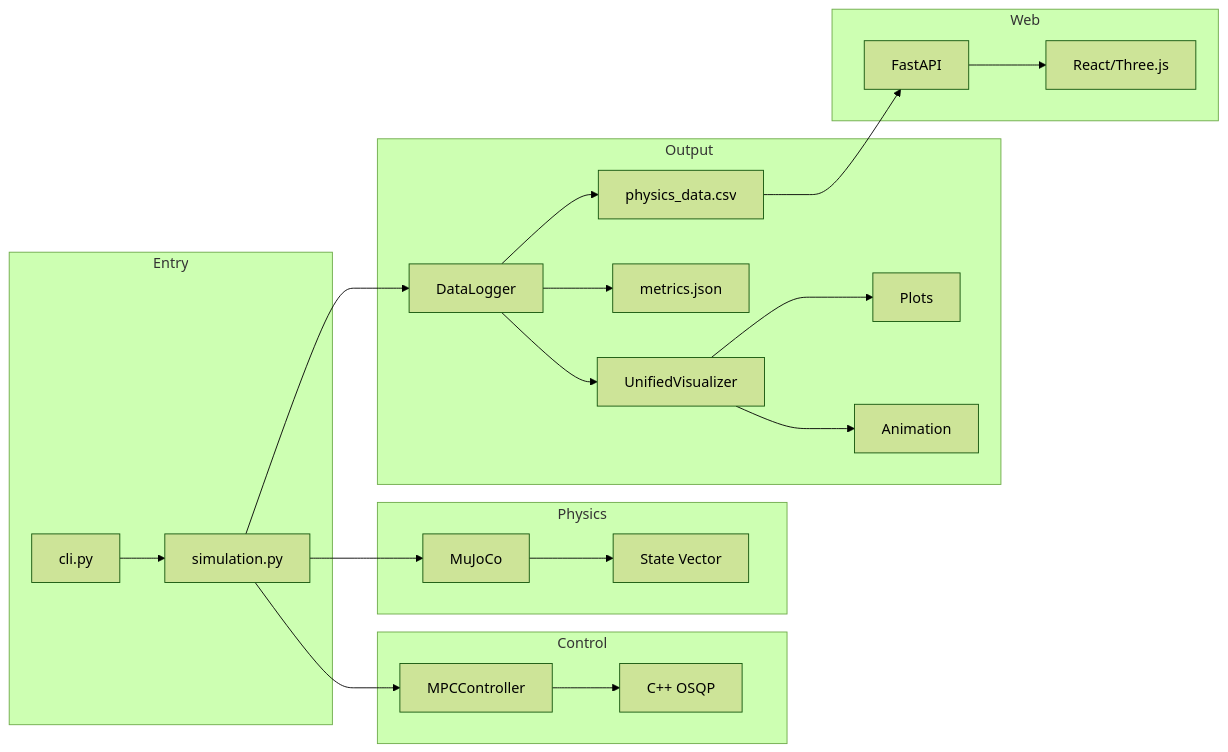
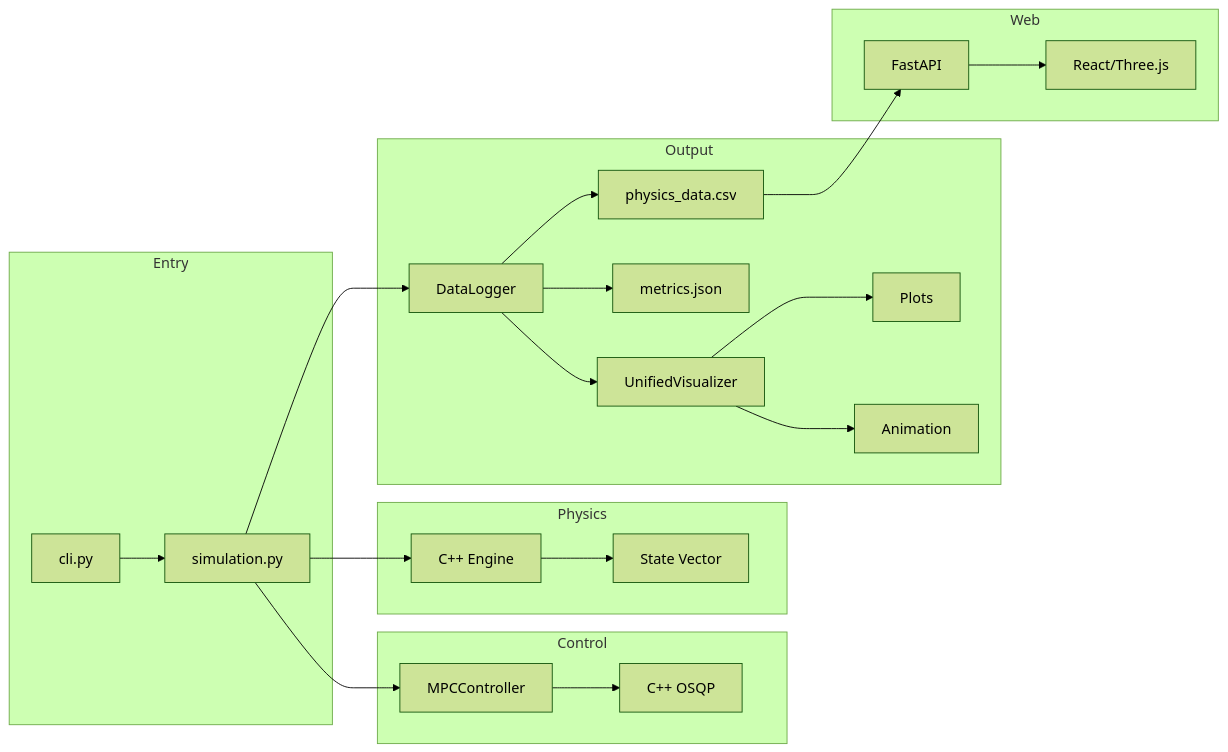
Before and after one commit to AevarOfjord/Satellite_3D_PWM-Continuous_Thrusters_ReactionWheel: the diagram in docs/ARCHITECTURE.md, drawn with Mermaid (forest theme). The commit also changed other lines of this file and 1750 other files, not shown here.

````diff
--- a/docs/ARCHITECTURE.md
+++ b/docs/ARCHITECTURE.md
@@ -509,30 +473,30 @@
 ```mermaid
 graph LR
     subgraph Entry
         CLI[cli.py] --> SIM[simulation.py]
     end
     
     subgraph Control
         SIM --> MPC[MPCController]
         MPC --> CPP[C++ OSQP]
     end
     
     subgraph Physics
-        SIM --> MJ[MuJoCo]
-        MJ --> STATE[State Vector]
+        SIM --> CPPENG[C++ Engine]
+        CPPENG --> STATE[State Vector]
     end
     
     subgraph Output
         SIM --> LOG[DataLogger]
         LOG --> CSV[physics_data.csv]
         LOG --> JSON[metrics.json]
         LOG --> VIZ[UnifiedVisualizer]
         VIZ --> PNG[Plots]
         VIZ --> MP4[Animation]
     end
     
     subgraph Web
         DASH[FastAPI] --> UI[React/Three.js]
         CSV --> DASH
     end
 ```
````
